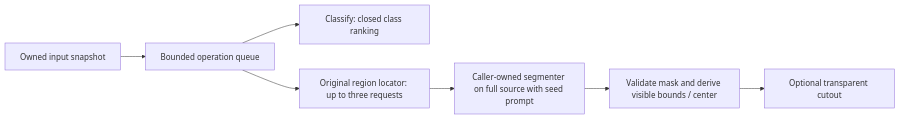
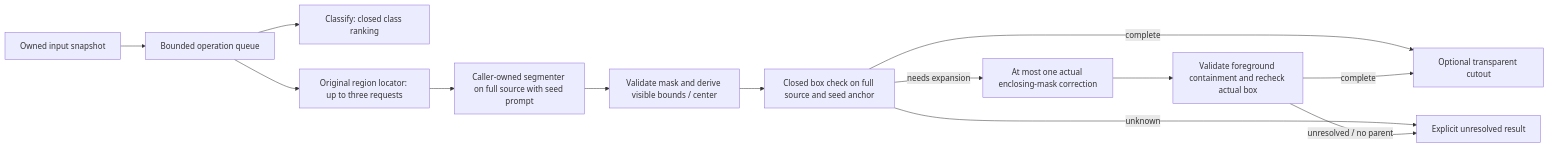
The diagram in docs/architecture.md (zoomplus/zorya-classifier), drawn with Mermaid before and after one commit. The commit also changed other lines of this file and 14 other files, not shown here.

````diff
--- a/docs/architecture.md
+++ b/docs/architecture.md
@@ -9,9 +9,15 @@
 ```mermaid
 flowchart LR
   I[Owned input snapshot] --> G[Bounded operation queue]
   G --> C[Classify: closed class ranking]
   G --> L[Original region locator: up to three requests]
   L --> S[Caller-owned segmenter on full source with seed prompt]
   S --> M[Validate mask and derive visible bounds / center]
-  M --> X[Optional transparent cutout]
+  M --> B[Closed box check on full source and seed anchor]
+  B -->|complete| X[Optional transparent cutout]
+  B -->|unknown| U[Explicit unresolved result]
+  B -->|needs expansion| E[At most one actual enclosing-mask correction]
+  E --> R[Validate foreground containment and recheck actual box]
+  R -->|complete| X
+  R -->|unresolved / no parent| U
 ```
````
